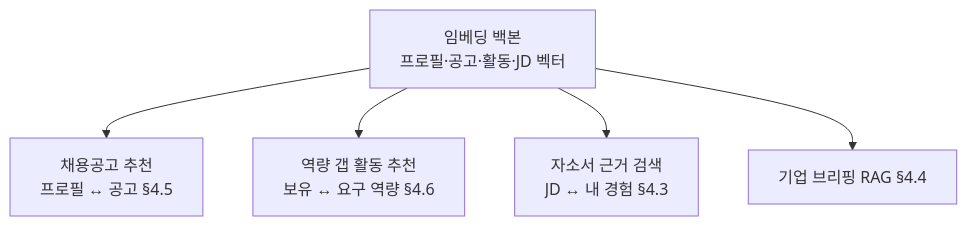
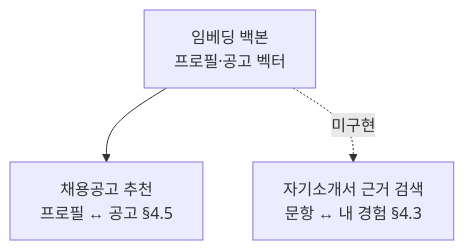
The third of 3 diagrams in docs/IA.md (kimtaejin3/one-form), drawn with Mermaid before and after one commit. The commit also changed other lines of this file and 13 other files, not shown here.

````diff
--- a/docs/IA.md
+++ b/docs/IA.md
@@ -42,8 +42,6 @@
 ```mermaid
 flowchart TD
-    EMB["임베딩 백본<br/>프로필·공고·활동·JD 벡터"]
+    EMB["임베딩 백본<br/>프로필·공고 벡터"]
     EMB --> M1["채용공고 추천<br/>프로필 ↔ 공고 §4.5"]
-    EMB --> M2["역량 갭 활동 추천<br/>보유 ↔ 요구 역량 §4.6"]
-    EMB --> M3["자소서 근거 검색<br/>JD ↔ 내 경험 §4.3"]
-    EMB --> M4["기업 브리핑 RAG §4.4"]
+    EMB -.->|"미구현"| M2["자기소개서 근거 검색<br/>문항 ↔ 내 경험 §4.3"]
 ```
````
